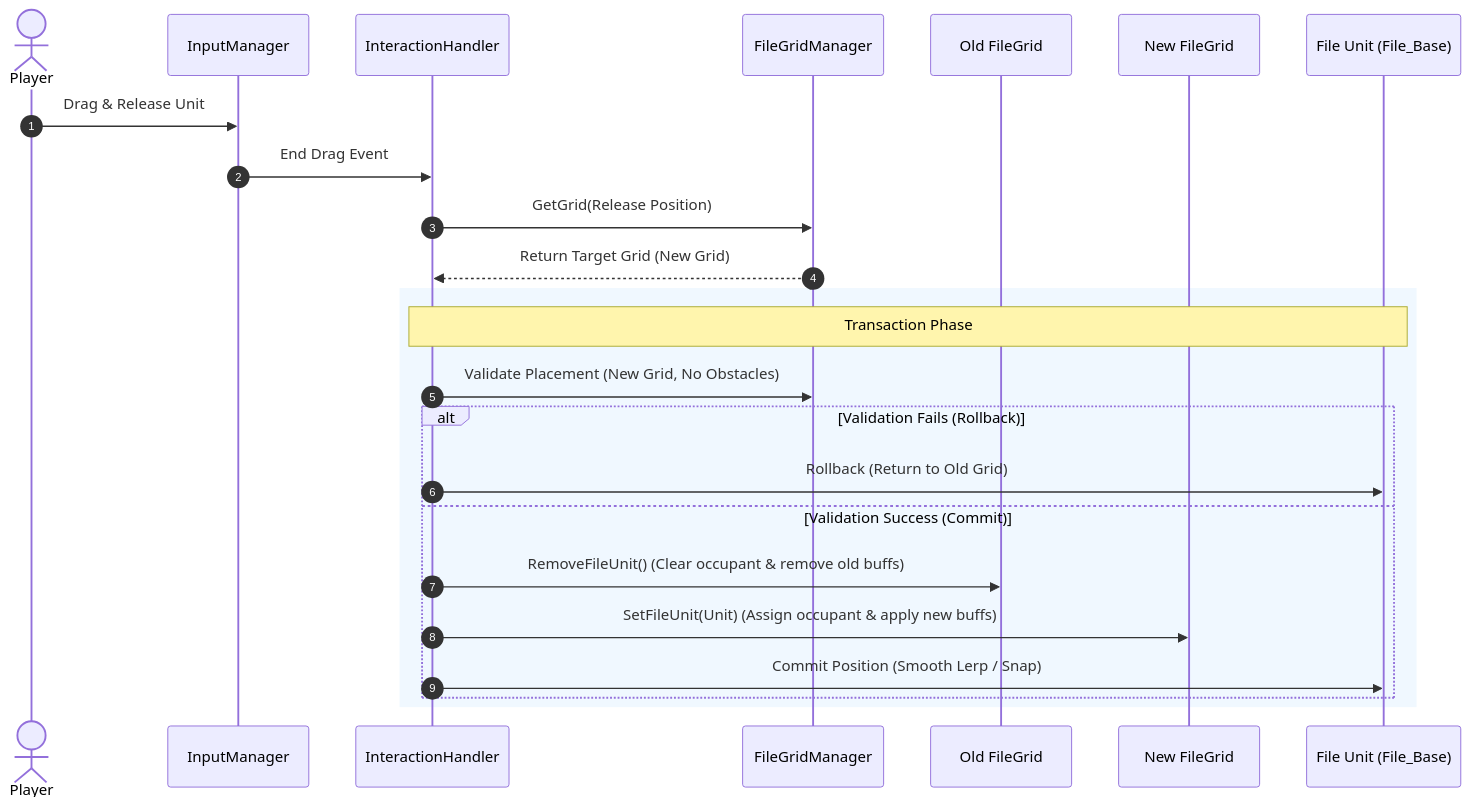
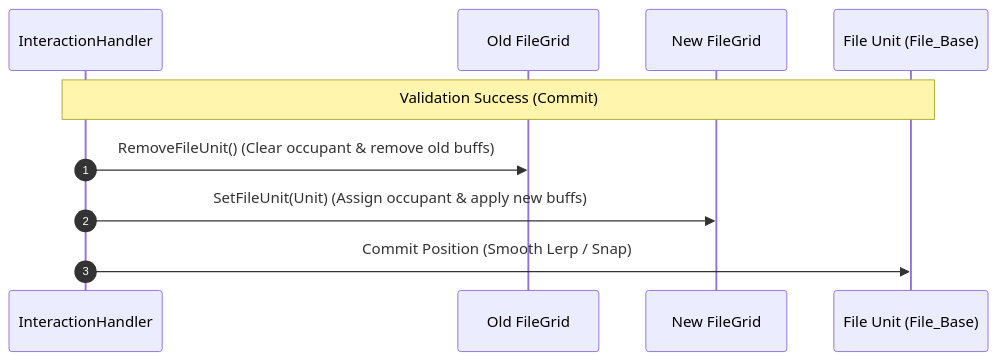
One commit to InfiSword/InfiSword.github.io changed the third of 5 diagrams in _posts/2026-05-23-file-tower-defense.md. Above: the diagram before and after it, drawn with Mermaid. The commit also changed other lines of this file and 1 other file, not shown here.

````diff
--- a/_posts/2026-05-23-file-tower-defense.md
+++ b/_posts/2026-05-23-file-tower-defense.md
@@ -317,28 +338,13 @@
 ```mermaid
 sequenceDiagram
     autonumber
-    actor Player
-    participant IM as InputManager
     participant IH as InteractionHandler
-    participant FGM as FileGridManager
     participant FG_Old as Old FileGrid
     participant FG_New as New FileGrid
     participant Unit as File Unit (File_Base)
 
-    Player->>IM: Drag & Release Unit
-    IM->>IH: End Drag Event
-    IH->>FGM: GetGrid(Release Position)
-    FGM-->>IH: Return Target Grid (New Grid)
-    
-    rect rgb(240, 248, 255)
-        Note over IH, Unit: Transaction Phase
-        IH->>FGM: Validate Placement (New Grid, No Obstacles)
-        alt Validation Fails (Rollback)
-            IH->>Unit: Rollback (Return to Old Grid)
-        else Validation Success (Commit)
-            IH->>FG_Old: RemoveFileUnit() (Clear occupant & remove old buffs)
-            IH->>FG_New: SetFileUnit(Unit) (Assign occupant & apply new buffs)
-            IH->>Unit: Commit Position (Smooth Lerp / Snap)
-        end
-    end
+    Note over IH, Unit: Validation Success (Commit)
+    IH->>FG_Old: RemoveFileUnit() (Clear occupant & remove old buffs)
+    IH->>FG_New: SetFileUnit(Unit) (Assign occupant & apply new buffs)
+    IH->>Unit: Commit Position (Smooth Lerp / Snap)
 ```
````
